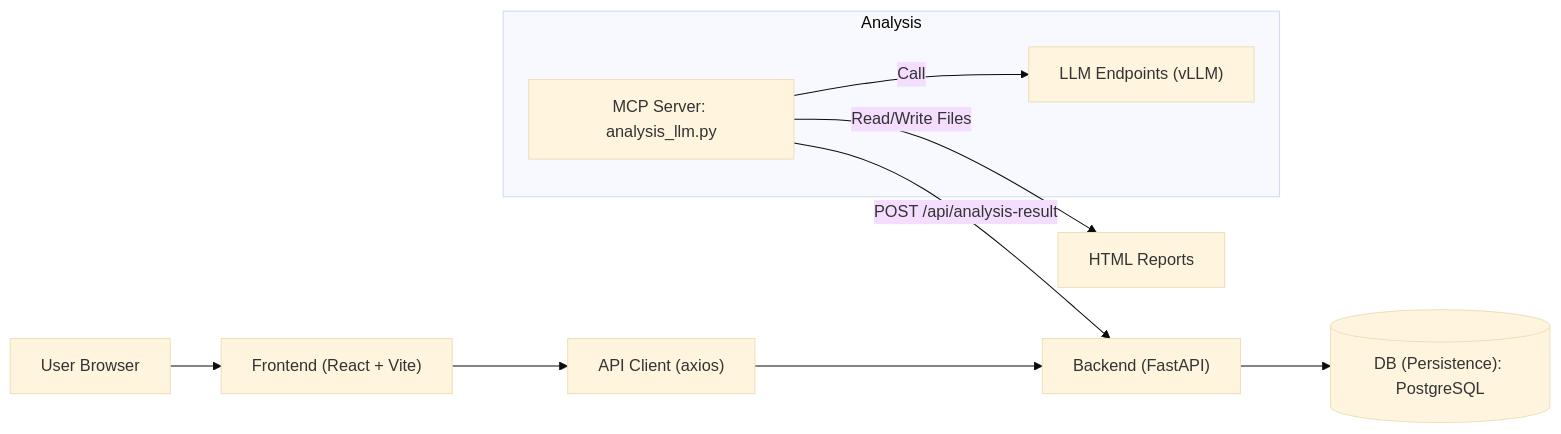
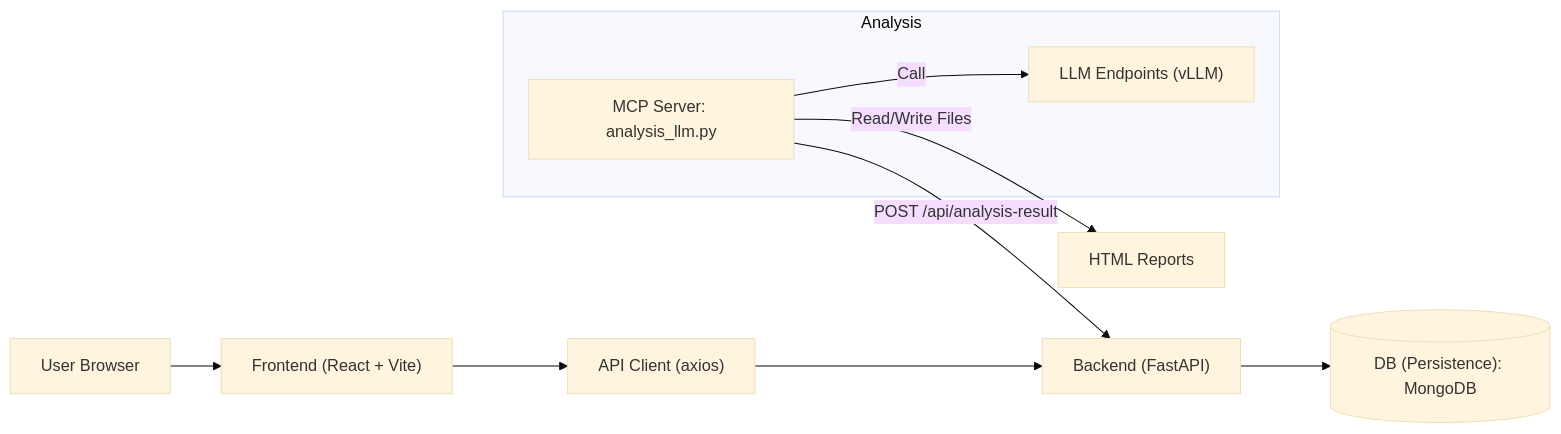
Before and after one commit to Ranponim/0809: the first of 3 diagrams in kpi_dashboard/docs/architecture.md, drawn with Mermaid (base theme). The commit also changed other lines of this file and 4 other files, not shown here.

Commit message:
백엔드 MongoDB로 전환 및 관련 문서 업데이트: 새로운 데이터베이스 설정을 반영하여 README.md, QUICKSTART.md, architecture.md 문서 수정. KPI 대시보드와 분석기에서 MongoDB를 사용하도록 변경하고, Docker Compose 실행 방법 추가.

````diff
--- a/kpi_dashboard/docs/architecture.md
+++ b/kpi_dashboard/docs/architecture.md
@@ -4,14 +4,14 @@
 ```mermaid
 graph LR
   A["User Browser"] --> B["Frontend (React + Vite)"]
   B --> C["API Client (axios)"]
   C --> D["Backend (FastAPI)"]
-  D --> E[("DB (Persistence): PostgreSQL")]
+  D --> E[("DB (Persistence): MongoDB")]
   subgraph Analysis
     F["MCP Server: analysis_llm.py"]
     G["LLM Endpoints (vLLM)"]
   end
   F -- "POST /api/analysis-result" --> D
   F -- "Read/Write Files" --> H["HTML Reports"]
   F -- "Call" --> G
 ```
````
